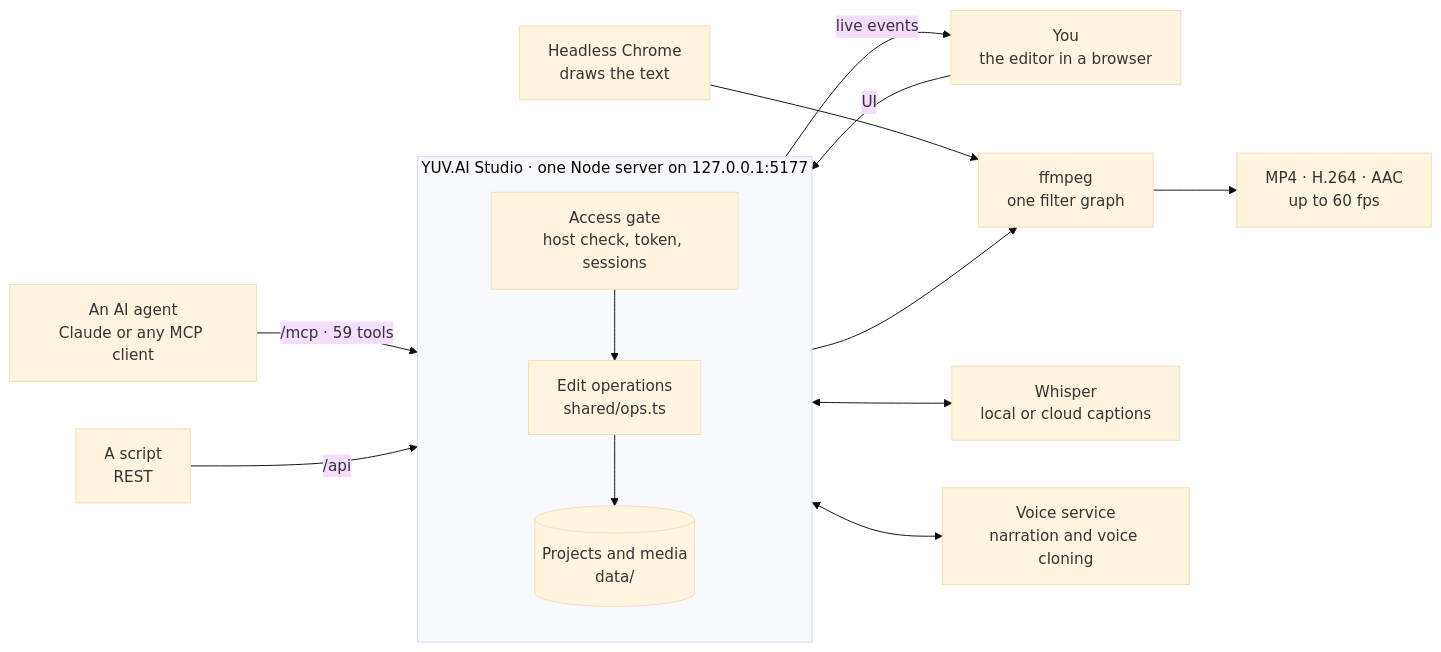
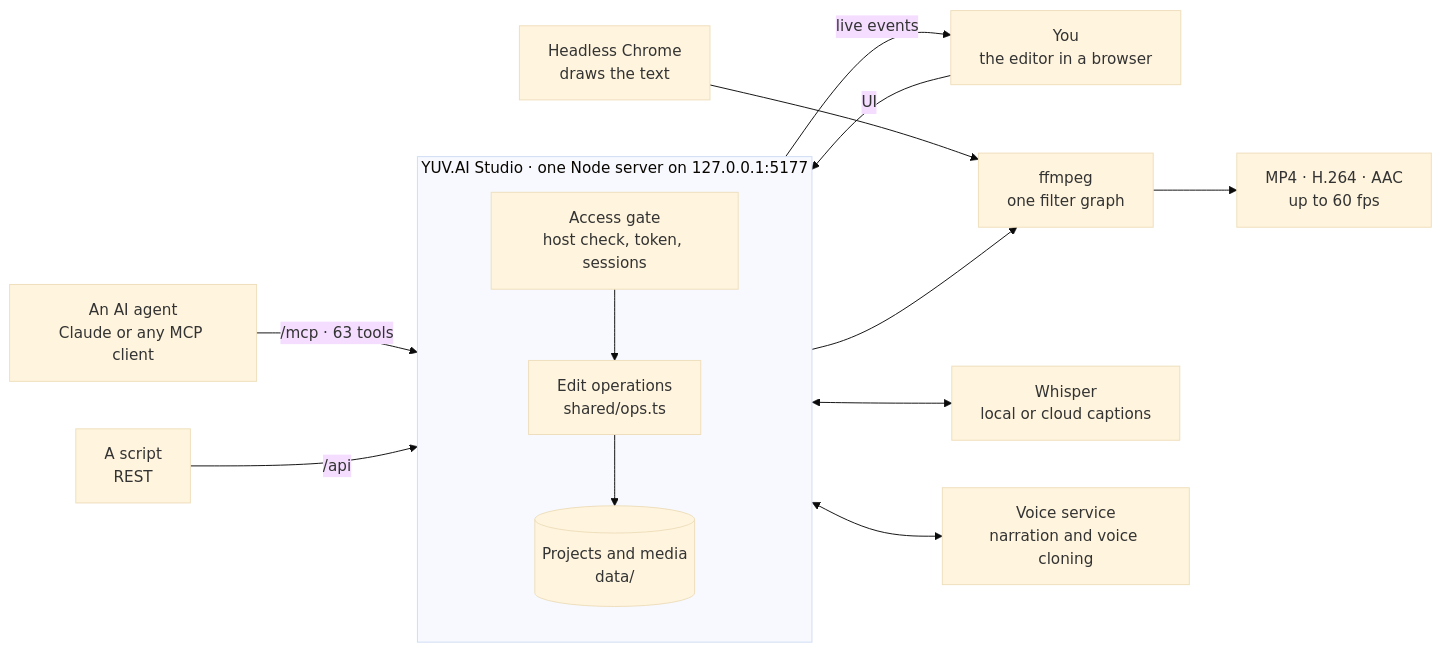
Before and after one commit to hoodini/yuv-studio: the diagram in README.md, drawn with Mermaid (base theme). The commit also changed other lines of this file and 30 other files, not shown here.

Commit message:
feat: brand kits, intro and outro cards, ready-made templates (63 MCP tools)

````diff
--- a/README.md
+++ b/README.md
@@ -126,25 +128,25 @@
 ```mermaid
 flowchart LR
   you["You<br/>the editor in a browser"]
   agent["An AI agent<br/>Claude or any MCP client"]
   script["A script<br/>REST"]
 
   subgraph studio["YUV.AI Studio · one Node server on 127.0.0.1:5177"]
     direction TB
     gate["Access gate<br/>host check, token, sessions"]
     ops["Edit operations<br/>shared/ops.ts"]
     store[("Projects and media<br/>data/")]
     gate --> ops --> store
   end
 
   you -- "UI" --> gate
-  agent -- "/mcp · 59 tools" --> gate
+  agent -- "/mcp · 63 tools" --> gate
   script -- "/api" --> gate
 
   ops -- "live events" --> you
   store --> ffmpeg["ffmpeg<br/>one filter graph"]
   chrome["Headless Chrome<br/>draws the text"] --> ffmpeg
   ffmpeg --> mp4["MP4 · H.264 · AAC<br/>up to 60 fps"]
   store <--> whisper["Whisper<br/>local or cloud captions"]
   store <--> voice["Voice service<br/>narration and voice cloning"]
 ```
````
